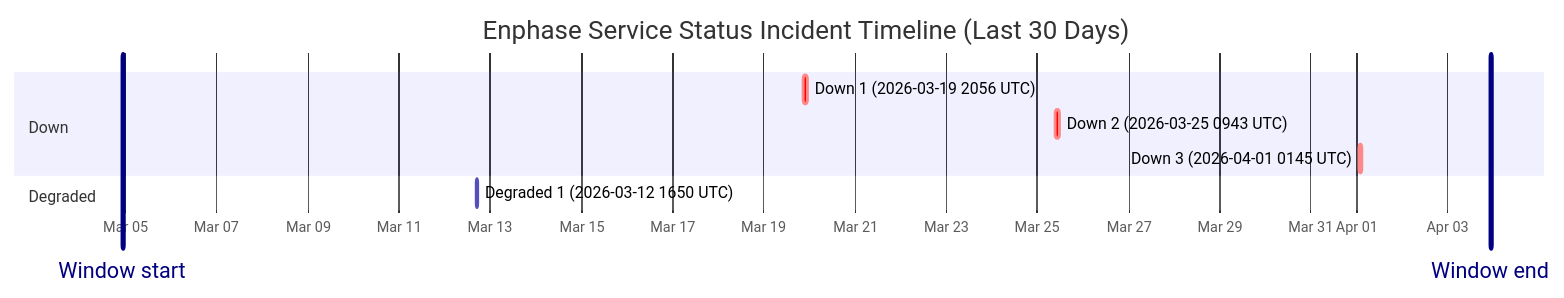
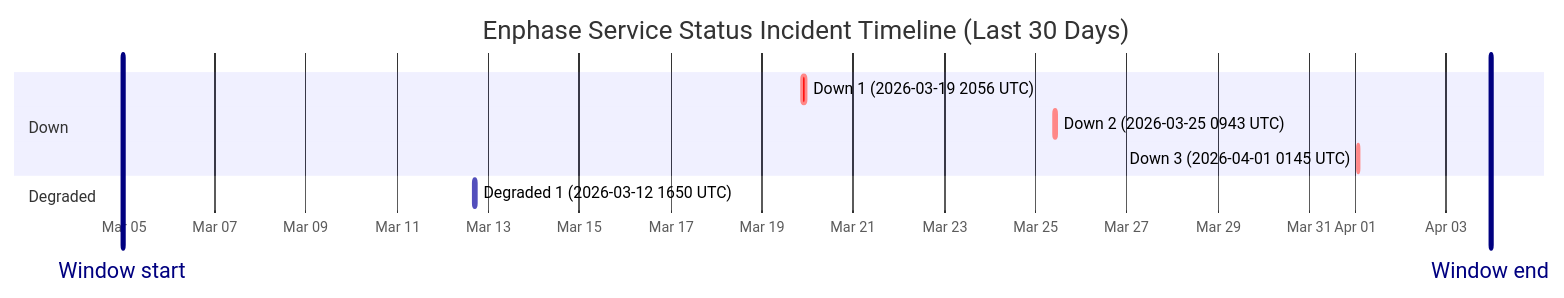
The diagram in wiki/Service-Status-History.md (barneyonline/ha-enphase-ev-charger), drawn with Mermaid before and after one commit. The commit also changed other lines of this file and 3 other files, not shown here.

````diff
--- a/wiki/Service-Status-History.md
+++ b/wiki/Service-Status-History.md
@@ -14,14 +14,14 @@
 ```mermaid
 gantt
     title Enphase Service Status Incident Timeline (Last 30 Days)
     dateFormat  YYYY-MM-DDTHH:mm:ss
     axisFormat  %b %d
-    Window start :vert, window-start, 2026-03-04T22:32:41, 0ms
-    Window end :vert, window-end, 2026-04-03T22:32:41, 0ms
+    Window start :vert, window-start, 2026-03-04T23:33:35, 0ms
+    Window end :vert, window-end, 2026-04-03T23:33:35, 0ms
     section Down
     Down 1 (2026-03-19 2056 UTC) :crit, down-1, 2026-03-19T20:56:20, 145m
     Down 2 (2026-03-25 0943 UTC) :crit, down-2, 2026-03-25T09:43:28, 111m
     Down 3 (2026-04-01 0145 UTC) :crit, down-3, 2026-04-01T01:45:09, 60m
     section Degraded
     Degraded 1 (2026-03-12 1650 UTC) :active, degraded-1, 2026-03-12T16:50:43, 60m
 ```
````
